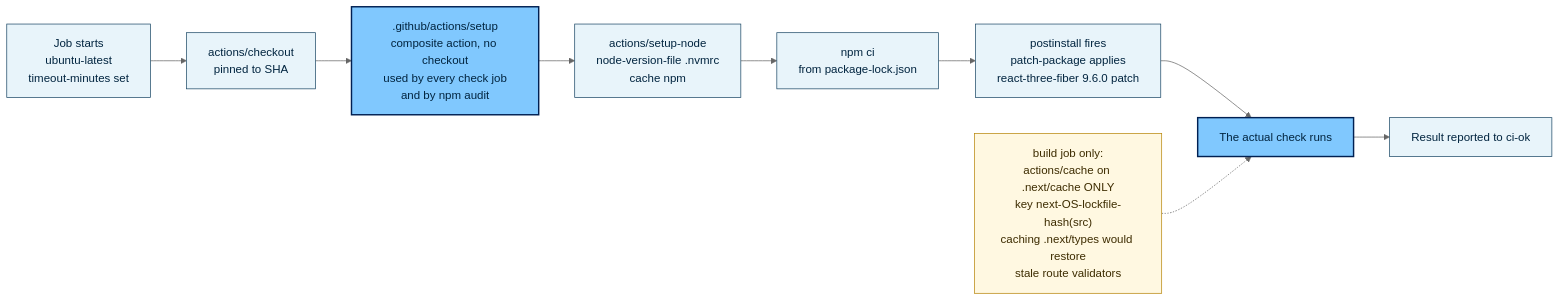
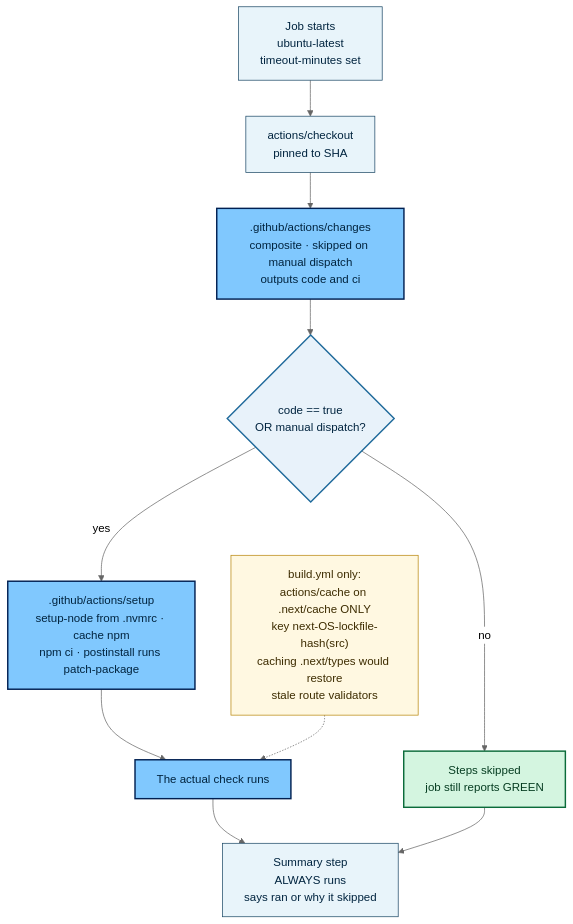
The third of 11 diagrams in docs/ci-map.md (acmpsu/acm-website), drawn with Mermaid (neutral theme) before and after one commit. The commit also changed other lines of this file and 2 other files, not shown here.

````diff
--- a/docs/ci-map.md
+++ b/docs/ci-map.md
@@ -125,19 +111,24 @@
 ```mermaid
-flowchart LR
+flowchart TB
     S["Job starts<br/>ubuntu-latest<br/>timeout-minutes set"] --> C["actions/checkout<br/>pinned to SHA"]
-    C --> SU[".github/actions/setup<br/>composite action, no checkout<br/>used by every check job<br/>and by npm audit"]
-    SU --> N["actions/setup-node<br/>node-version-file .nvmrc<br/>cache npm"]
-    N --> I["npm ci<br/>from package-lock.json"]
-    I --> PP["postinstall fires<br/>patch-package applies<br/>react-three-fiber 9.6.0 patch"]
-    PP --> W["The actual check runs"]
-    W --> R["Result reported to ci-ok"]
+    C --> CHG[".github/actions/changes<br/>composite · skipped on manual dispatch<br/>outputs code and ci"]
+    CHG --> Q{"code == true<br/>OR manual dispatch?"}
+    Q -->|"no"| SKIP["Steps skipped<br/>job still reports GREEN"]
+    Q -->|"yes"| SU[".github/actions/setup<br/>setup-node from .nvmrc · cache npm<br/>npm ci · postinstall runs patch-package"]
+    SU --> W["The actual check runs"]
+    W --> SUM["Summary step<br/>ALWAYS runs<br/>says ran or why it skipped"]
+    SKIP --> SUM
 
-    BC["build job only:<br/>actions/cache on .next/cache ONLY<br/>key next-OS-lockfile-hash(src)<br/>caching .next/types would restore<br/>stale route validators"] -.-> W
+    BC["build.yml only:<br/>actions/cache on .next/cache ONLY<br/>key next-OS-lockfile-hash(src)<br/>caching .next/types would restore<br/>stale route validators"] -.-> W
 
     classDef step fill:#e8f4fa,stroke:#1c4866,stroke-width:1px,color:#00243f
     classDef hi fill:#80c8fe,stroke:#002052,stroke-width:2px,color:#00243f
+    classDef dec fill:#e8f2fa,stroke:#1f6a9b,stroke-width:2px,color:#00243f
+    classDef good fill:#d4f5e0,stroke:#0b6b3a,stroke-width:2px,color:#063d21
     classDef note fill:#fff8e1,stroke:#b8860b,stroke-width:1px,color:#3d2c00
-    class S,C,N,I,PP,R step
-    class SU,W hi
+    class S,C,SUM step
+    class CHG,SU,W hi
+    class Q dec
+    class SKIP good
     class BC note
 ```
````
